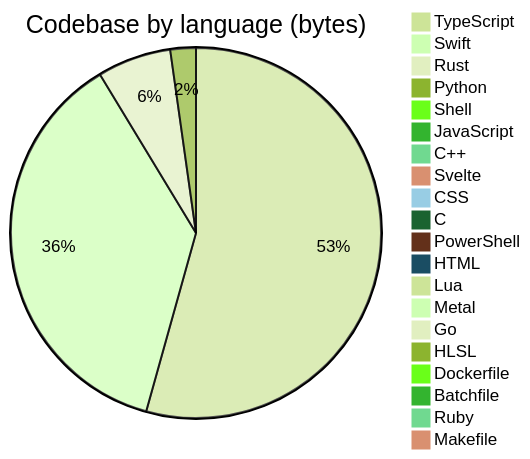
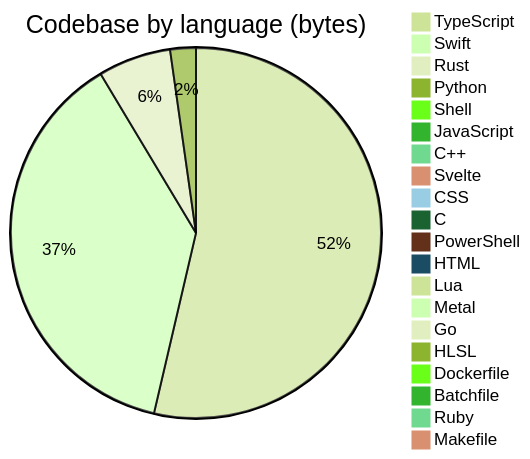
Before and after one commit to Open330/.github: the diagram in profile/README.md, drawn with Mermaid (forest theme). The commit also changed other lines of this file, not shown here.

````diff
--- a/profile/README.md
+++ b/profile/README.md
@@ -132,23 +132,23 @@
 ```mermaid
 pie title Codebase by language (bytes)
     "TypeScript" : 34829859
-    "Swift" : 23713852
+    "Swift" : 24511439
     "Rust" : 4128908
-    "Python" : 1428423
-    "Shell" : 471596
+    "Python" : 1454514
+    "Shell" : 483261
     "JavaScript" : 408382
     "C++" : 388775
     "Svelte" : 275766
     "CSS" : 152218
     "C" : 118462
     "PowerShell" : 98688
     "HTML" : 92692
     "Lua" : 48814
     "Metal" : 33192
     "Go" : 22811
     "HLSL" : 7527
     "Dockerfile" : 6524
     "Batchfile" : 5660
     "Ruby" : 3229
     "Makefile" : 1307
 ```
````
